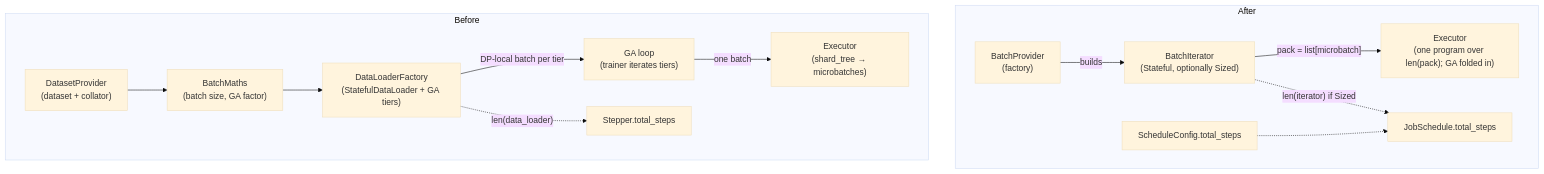
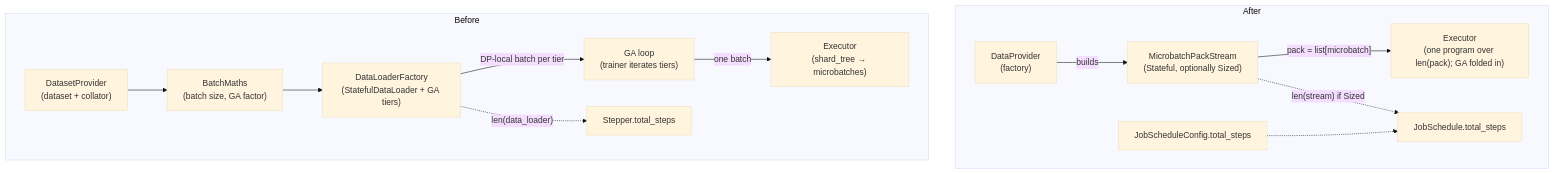
One commit to d9d-project/d9d changed the diagram in deps/0009-dep-dataflow-refactoring.md. Above: the diagram before and after it, drawn with Mermaid (base theme). The commit also changed other lines of this file, not shown here.

````diff
--- a/deps/0009-dep-dataflow-refactoring.md
+++ b/deps/0009-dep-dataflow-refactoring.md
@@ -45,21 +45,21 @@
 ```mermaid
 flowchart LR
     subgraph before["Before"]
         direction LR
         bDS["DatasetProvider<br/>(dataset + collator)"] --> bBM["BatchMaths<br/>(batch size, GA factor)"]
         bBM --> bDL["DataLoaderFactory<br/>(StatefulDataLoader + GA tiers)"]
         bDL -->|"DP-local batch per tier"| bGA["GA loop<br/>(trainer iterates tiers)"]
         bGA -->|"one batch"| bEX["Executor<br/>(shard_tree → microbatches)"]
         bDL -.->|"len(data_loader)"| bST["Stepper.total_steps"]
     end
 
     subgraph after["After"]
         direction LR
-        aBP["BatchProvider<br/>(factory)"] -->|builds| aBI["BatchIterator<br/>(Stateful, optionally Sized)"]
+        aBP["DataProvider<br/>(factory)"] -->|builds| aBI["MicrobatchPackStream<br/>(Stateful, optionally Sized)"]
         aBI -->|"pack = list[microbatch]"| aEX["Executor<br/>(one program over len(pack); GA folded in)"]
-        aBI -.->|"len(iterator) if Sized"| aJS["JobSchedule.total_steps"]
-        aCFG["ScheduleConfig.total_steps"] -.-> aJS
+        aBI -.->|"len(stream) if Sized"| aJS["JobSchedule.total_steps"]
+        aCFG["JobScheduleConfig.total_steps"] -.-> aJS
     end
 
     before ~~~ after
 ```
````
